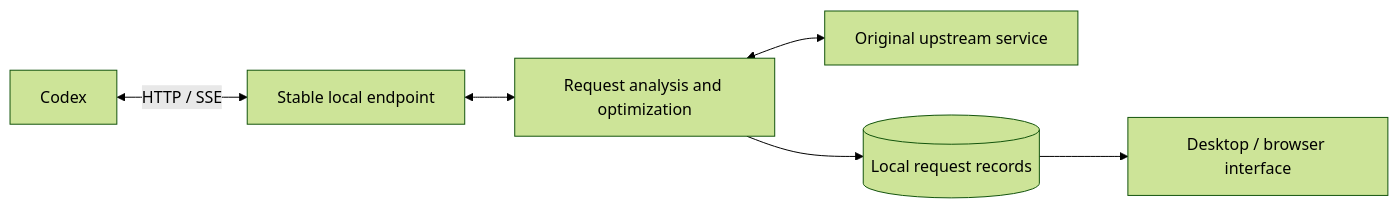
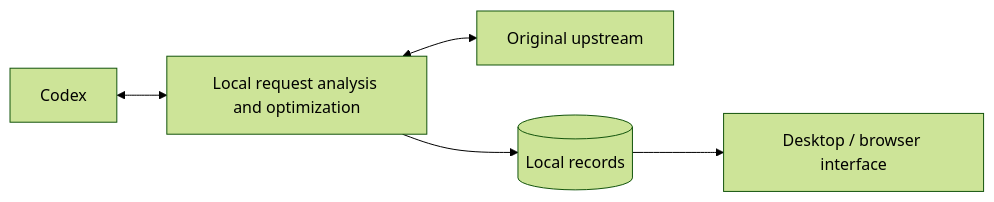
The diagram in docs/README.en.md (qzz1008-glitch/codex-request-optimizer), drawn with Mermaid (forest theme) before and after one commit. The commit also changed other lines of this file and 2 other files, not shown here.

````diff
--- a/docs/README.en.md
+++ b/docs/README.en.md
@@ -132,8 +130,7 @@
 ```mermaid
 flowchart LR
-    A["Codex"] <-->|HTTP / SSE| B["Stable local endpoint"]
-    B <--> C["Request analysis and optimization"]
-    C <--> D["Original upstream service"]
-    C --> E[("Local request records")]
-    E --> F["Desktop / browser interface"]
+    A["Codex"] <--> B["Local request analysis and optimization"]
+    B <--> C["Original upstream"]
+    B --> D[("Local records")]
+    D --> E["Desktop / browser interface"]
 ```
````
